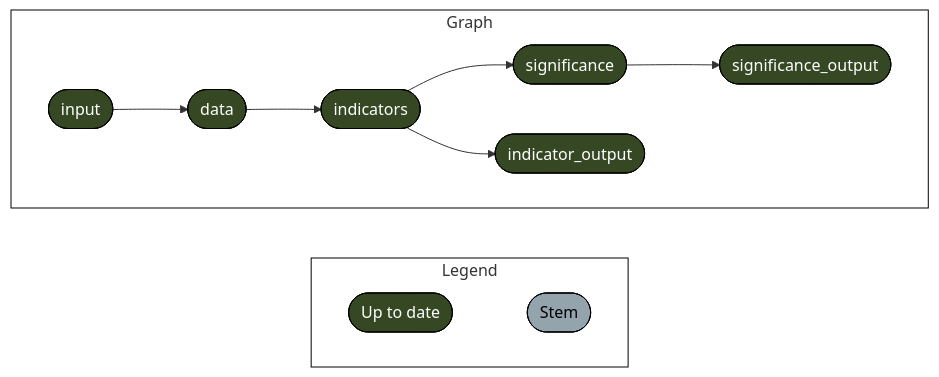
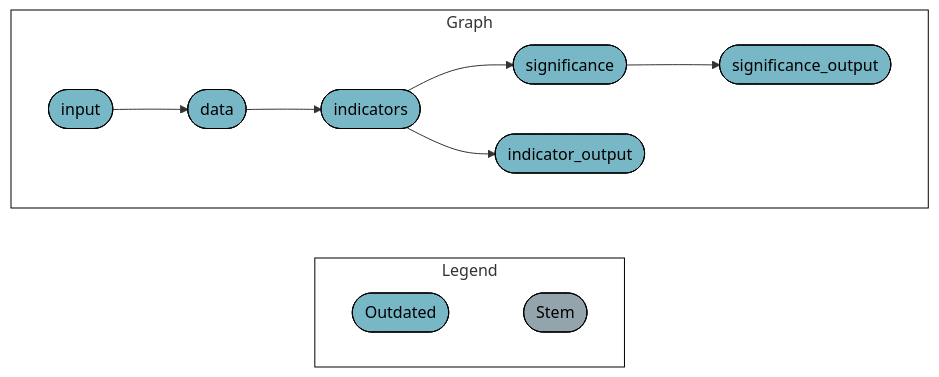
The diagram in README.md (mapme-initiative/disclosure-report), drawn with Mermaid before and after one commit. The commit also changed other lines of this file and 5 other files, not shown here.

````diff
--- a/README.md
+++ b/README.md
@@ -62,20 +67,20 @@
 ``` mermaid
 graph LR
   style Legend fill:#FFFFFF00,stroke:#000000;
   style Graph fill:#FFFFFF00,stroke:#000000;
   subgraph Legend
     direction LR
-    xf1522833a4d242c5([""Up to date""]):::uptodate --- xd03d7c7dd2ddda2b([""Stem""]):::none
+    x2db1ec7a48f65a9b([""Outdated""]):::outdated --- xd03d7c7dd2ddda2b([""Stem""]):::none
   end
   subgraph Graph
     direction LR
-    xa538c4711b193115(["significance"]):::uptodate --> x21a9e021e2a8eb5c(["significance_output"]):::uptodate
-    x148bea66679381e8(["indicators"]):::uptodate --> xa538c4711b193115(["significance"]):::uptodate
-    x148bea66679381e8(["indicators"]):::uptodate --> xd7196846cd1935c0(["indicator_output"]):::uptodate
-    x9755545176a05140(["data"]):::uptodate --> x148bea66679381e8(["indicators"]):::uptodate
-    x2ee4157c3daee3b7(["input"]):::uptodate --> x9755545176a05140(["data"]):::uptodate
+    xa538c4711b193115(["significance"]):::outdated --> x21a9e021e2a8eb5c(["significance_output"]):::outdated
+    x148bea66679381e8(["indicators"]):::outdated --> xa538c4711b193115(["significance"]):::outdated
+    x148bea66679381e8(["indicators"]):::outdated --> xd7196846cd1935c0(["indicator_output"]):::outdated
+    x9755545176a05140(["data"]):::outdated --> x148bea66679381e8(["indicators"]):::outdated
+    x2ee4157c3daee3b7(["input"]):::outdated --> x9755545176a05140(["data"]):::outdated
   end
-  classDef uptodate stroke:#000000,color:#ffffff,fill:#354823;
+  classDef outdated stroke:#000000,color:#000000,fill:#78B7C5;
   classDef none stroke:#000000,color:#000000,fill:#94a4ac;
   linkStyle 0 stroke-width:0px;
 ```
````
